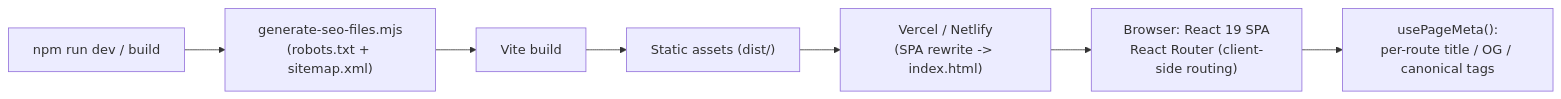
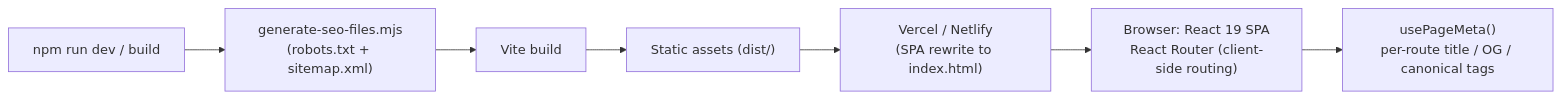
Before and after one commit to jaimaheshwari1706/portfolio: the diagram in README.md, drawn with Mermaid. The commit also changed other lines of this file, not shown here.

Commit message:
docs: add verified CI badge, fix Mermaid diagram line breaks
Confirmed the GitHub Actions run triggered by the previous push
completed successfully before adding the badge, per the rule that a
status badge must link to a workflow observed passing, not just
configured. Also swap literal \n for <br/> in the architecture
diagram's node labels for reliable Mermaid rendering on GitHub.

````diff
--- a/README.md
+++ b/README.md
@@ -34,9 +35,9 @@
 ```mermaid
 flowchart LR
-  Dev["npm run dev / build"] --> SEO["generate-seo-files.mjs\n(robots.txt + sitemap.xml)"]
+  Dev["npm run dev / build"] --> SEO["generate-seo-files.mjs<br/>(robots.txt + sitemap.xml)"]
   SEO --> Vite["Vite build"]
   Vite --> Static["Static assets (dist/)"]
-  Static --> Host["Vercel / Netlify\n(SPA rewrite -> index.html)"]
-  Host --> Browser["Browser: React 19 SPA\nReact Router (client-side routing)"]
-  Browser --> Meta["usePageMeta():\nper-route title / OG / canonical tags"]
+  Static --> Host["Vercel / Netlify<br/>(SPA rewrite to index.html)"]
+  Host --> Browser["Browser: React 19 SPA<br/>React Router (client-side routing)"]
+  Browser --> Meta["usePageMeta()<br/>per-route title / OG / canonical tags"]
 ```
````
